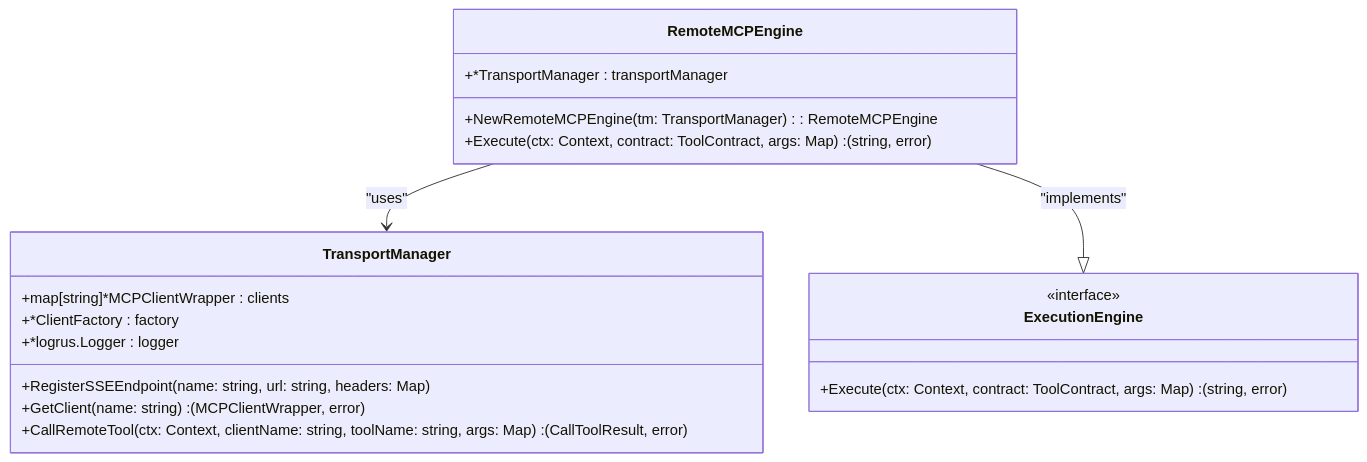
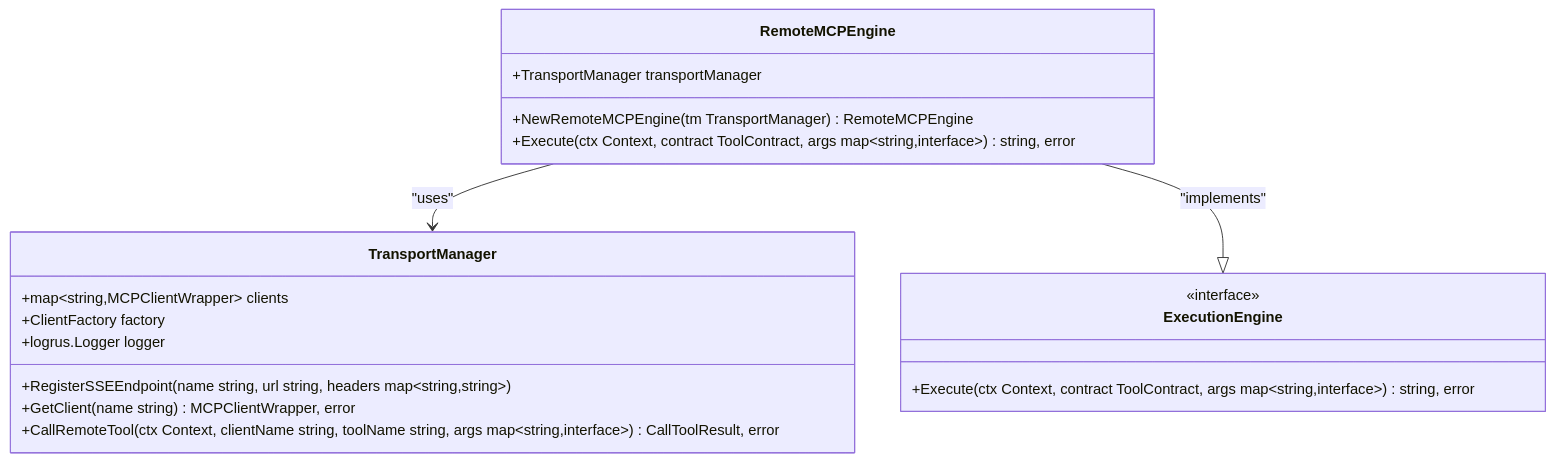
Before and after one commit to prxs-ai/praxis-go-sdk: the fifth of 8 diagrams in docs/Architecture Overview/Model Context Protocol (MCP) Integration.md, drawn with Mermaid. The commit also changed other lines of this file and 33 other files, not shown here.

````diff
--- a/docs/Architecture Overview/Model Context Protocol (MCP) Integration.md
+++ b/docs/Architecture Overview/Model Context Protocol (MCP) Integration.md
@@ -214,22 +215,22 @@
 ```mermaid
 classDiagram
 class RemoteMCPEngine {
-+*TransportManager : transportManager
-+NewRemoteMCPEngine(tm: TransportManager) : RemoteMCPEngine
-+Execute(ctx: Context, contract: ToolContract, args: Map<string, interface>) : (string, error)
++TransportManager transportManager
++NewRemoteMCPEngine(tm TransportManager) RemoteMCPEngine
++Execute(ctx Context, contract ToolContract, args map~string,interface~) string, error
 }
 class TransportManager {
-+map[string]*MCPClientWrapper : clients
-+*ClientFactory : factory
-+*logrus.Logger : logger
-+RegisterSSEEndpoint(name: string, url: string, headers: Map<string, string>)
-+GetClient(name: string) : (MCPClientWrapper, error)
-+CallRemoteTool(ctx: Context, clientName: string, toolName: string, args: Map<string, interface>) : (CallToolResult, error)
++map~string,MCPClientWrapper~ clients
++ClientFactory factory
++logrus.Logger logger
++RegisterSSEEndpoint(name string, url string, headers map~string,string~)
++GetClient(name string) MCPClientWrapper, error
++CallRemoteTool(ctx Context, clientName string, toolName string, args map~string,interface~) CallToolResult, error
 }
 class ExecutionEngine {
 <<interface>>
-+Execute(ctx: Context, contract: ToolContract, args: Map<string, interface>) : (string, error)
++Execute(ctx Context, contract ToolContract, args map~string,interface~) string, error
 }
 RemoteMCPEngine --> TransportManager : "uses"
 RemoteMCPEngine --|> ExecutionEngine : "implements"
 ```
````
